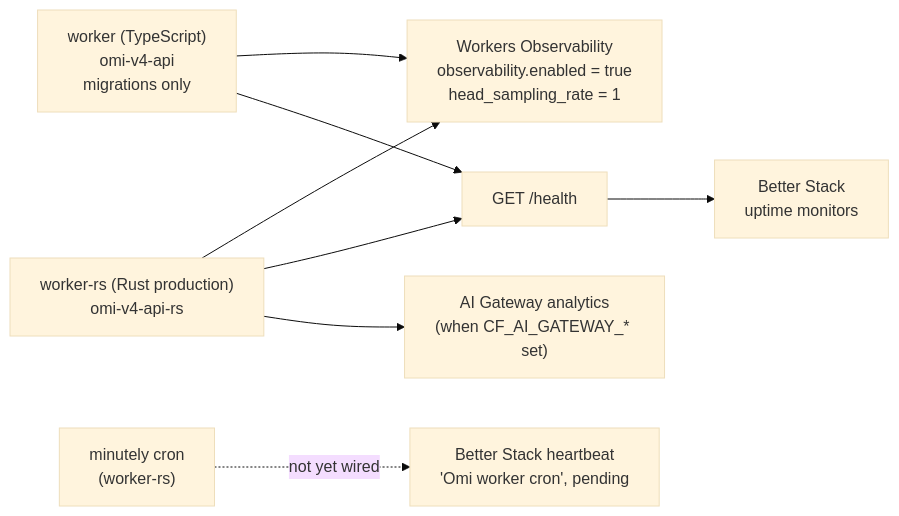
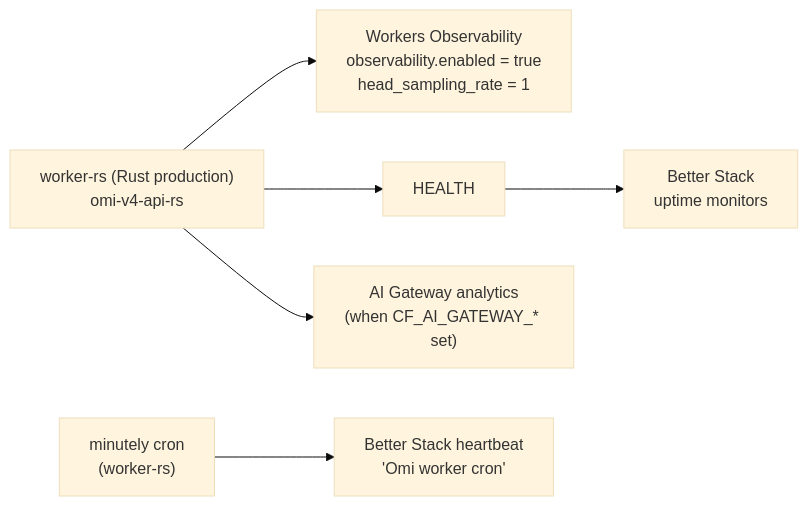
Before and after one commit to undivisible/omi-v4: diagram 14 of 14 in ARCHITECTURE.md, drawn with Mermaid (base theme). The commit also changed other lines of this file and 109 other files, not shown here.

Commit message:
refactor(worker-rs): remove retired TypeScript runtime

````diff
--- a/ARCHITECTURE.md
+++ b/ARCHITECTURE.md
@@ -439,10 +439,8 @@
 ```mermaid
 flowchart LR
-    W1["worker (TypeScript)<br/>omi-v4-api<br/>migrations only"] --> OBS["Workers Observability<br/>observability.enabled = true<br/>head_sampling_rate = 1"]
-    W2["worker-rs (Rust production)<br/>omi-v4-api-rs"] --> OBS
-    W1 --> HEALTH["GET /health"]
+    W2["worker-rs (Rust production)<br/>omi-v4-api-rs"] --> OBS["Workers Observability<br/>observability.enabled = true<br/>head_sampling_rate = 1"]
     W2 --> HEALTH
     HEALTH --> BS["Better Stack<br/>uptime monitors"]
-    CRON["minutely cron<br/>(worker-rs)"] -.->|"not yet wired"| HB["Better Stack heartbeat<br/>'Omi worker cron', pending"]
+    CRON["minutely cron<br/>(worker-rs)"] --> HB["Better Stack heartbeat<br/>'Omi worker cron'"]
     W2 --> GWA["AI Gateway analytics<br/>(when CF_AI_GATEWAY_* set)"]
 ```
````
